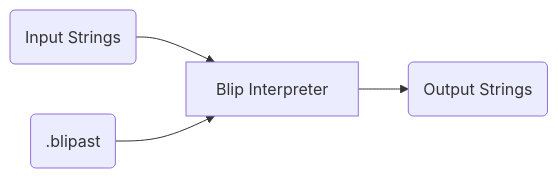
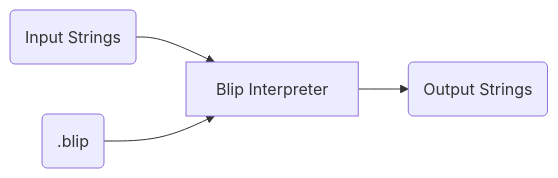
One commit to psysrc/blip changed the second of 3 diagrams in docs/design.md. Above: the diagram before and after it, drawn with Mermaid. The commit also changed other lines of this file, not shown here.

````diff
--- a/docs/design.md
+++ b/docs/design.md
@@ -17,10 +40,10 @@
 ```mermaid
 flowchart LR
     i(Input Strings)
     o(Output Strings)
-    blipast(.blipast)
+    blip(.blip)
     interpreter[Blip Interpreter]
 
     i --> interpreter
-    blipast --> interpreter --> o
+    blip --> interpreter --> o
 ```
````
